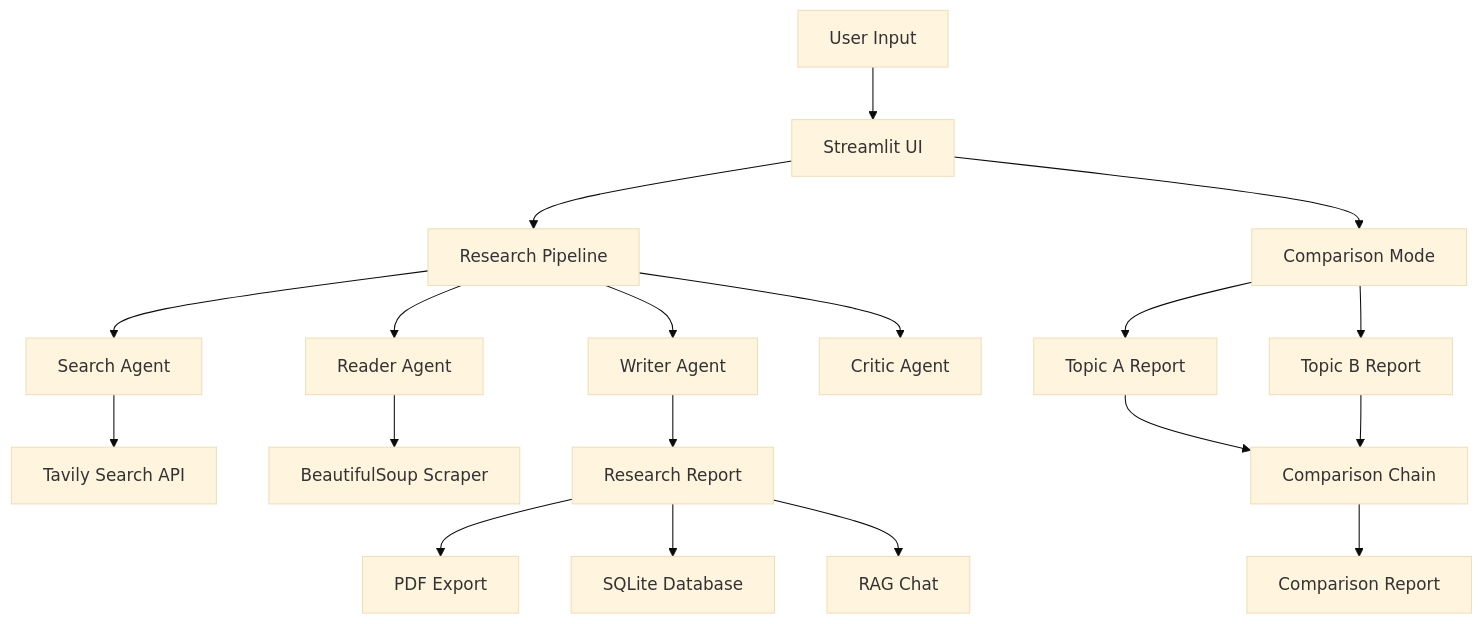
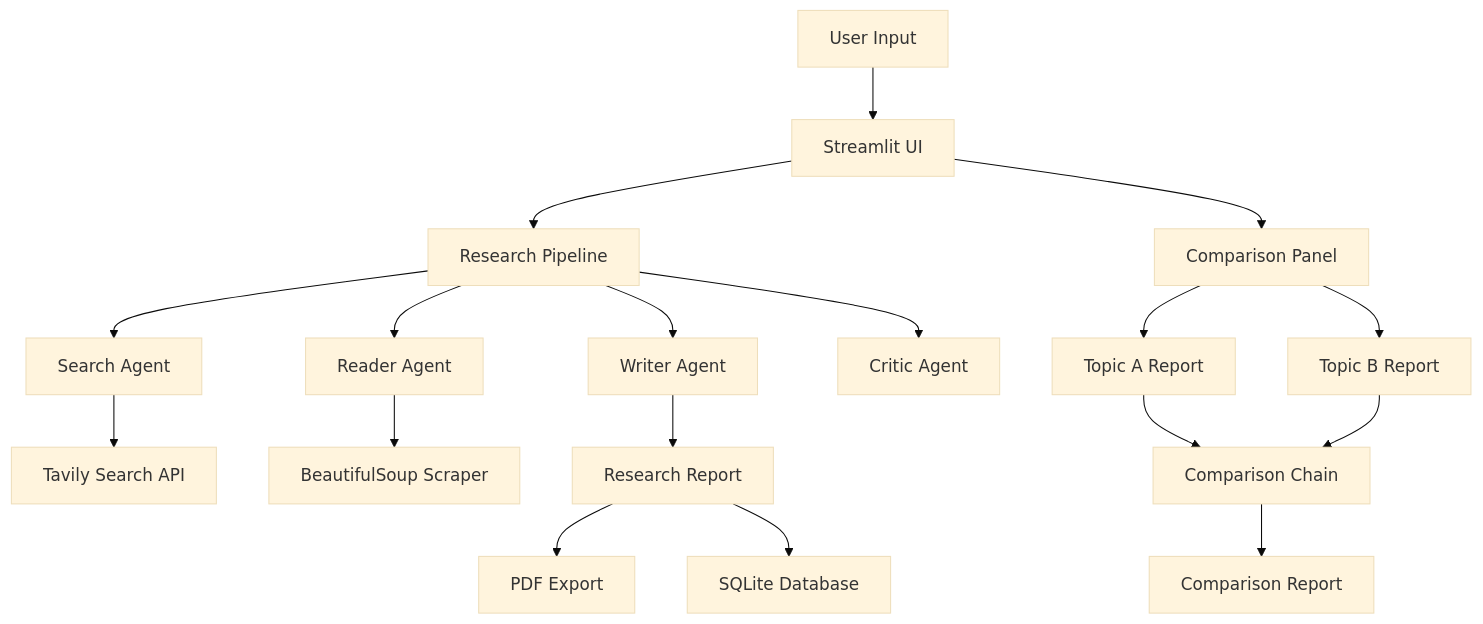
The diagram in README.md (A-N-A-N-T/ResearchReport-MultiAgent), drawn with Mermaid (base theme) before and after one commit. The commit also changed other lines of this file, not shown here.

````diff
--- a/README.md
+++ b/README.md
@@ -68,31 +65,30 @@
 ```mermaid
 flowchart TD
 
 A[User Input] --> B[Streamlit UI]
 
 B --> C[Research Pipeline]
 
 C --> D[Search Agent]
 C --> E[Reader Agent]
 C --> F[Writer Agent]
 C --> G[Critic Agent]
 
 D --> H[Tavily Search API]
 E --> I[BeautifulSoup Scraper]
 
 F --> J[Research Report]
 
 J --> K[PDF Export]
 J --> L[SQLite Database]
-J --> M[RAG Chat]
 
-B --> N[Comparison Mode]
+B --> M[Comparison Panel]
 
-N --> O[Topic A Report]
-N --> P[Topic B Report]
+M --> N[Topic A Report]
+M --> O[Topic B Report]
 
-O --> Q[Comparison Chain]
-P --> Q
+N --> P[Comparison Chain]
+O --> P
 
-Q --> R[Comparison Report]
+P --> Q[Comparison Report]
 ```
````
